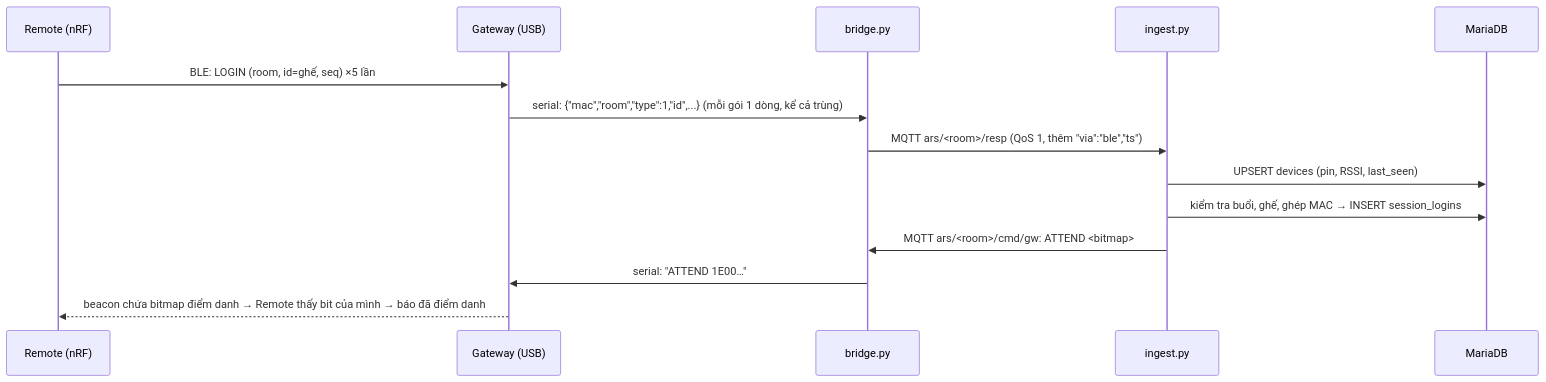
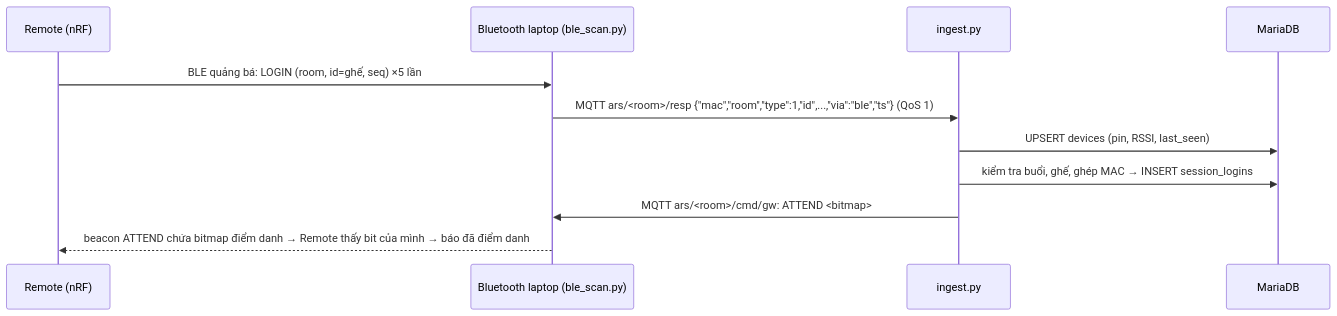
One commit to Rubydangoday/ars-server changed the diagram in README.md. Above: the diagram before and after it, drawn with Mermaid. The commit also changed other lines of this file and 19 other files, not shown here.

First line of the commit message:
Thu Remote nRF52840 bằng Bluetooth của laptop (ars-ble), gateway USB thành tuỳ chọn

````diff
--- a/README.md
+++ b/README.md
@@ -145,16 +148,13 @@
 ```mermaid
 sequenceDiagram
     participant R as Remote (nRF)
-    participant G as Gateway (USB)
-    participant B as bridge.py
+    participant L as Bluetooth laptop (ble_scan.py)
     participant I as ingest.py
     participant D as MariaDB
-    R->>G: BLE: LOGIN (room, id=ghế, seq) ×5 lần
-    G->>B: serial: {"mac","room","type":1,"id",...} (mỗi gói 1 dòng, kể cả trùng)
-    B->>I: MQTT ars/<room>/resp (QoS 1, thêm "via":"ble","ts")
+    R->>L: BLE quảng bá: LOGIN (room, id=ghế, seq) ×5 lần
+    L->>I: MQTT ars/<room>/resp {"mac","room","type":1,"id",...,"via":"ble","ts"} (QoS 1)
     I->>D: UPSERT devices (pin, RSSI, last_seen)
     I->>D: kiểm tra buổi, ghế, ghép MAC → INSERT session_logins
-    I->>B: MQTT ars/<room>/cmd/gw: ATTEND <bitmap>
-    B->>G: serial: "ATTEND 1E00…"
-    G-->>R: beacon chứa bitmap điểm danh → Remote thấy bit của mình → báo đã điểm danh
+    I->>L: MQTT ars/<room>/cmd/gw: ATTEND <bitmap>
+    L-->>R: beacon ATTEND chứa bitmap điểm danh → Remote thấy bit của mình → báo đã điểm danh
 ```
````
